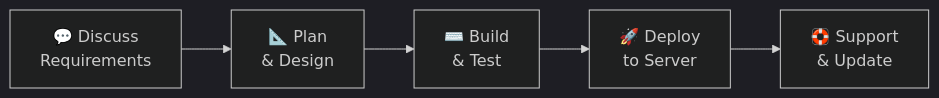
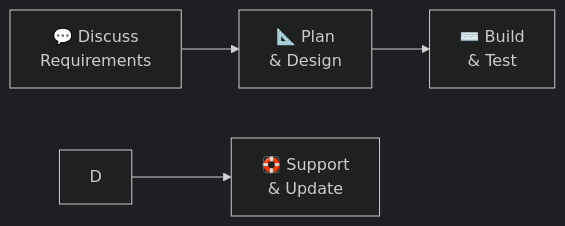
The diagram in README.md (muhammadfakrurazi/muhammadfakrurazi), drawn with Mermaid (dark theme) before and after one commit. The commit also changed other lines of this file, not shown here.

````diff
--- a/README.md
+++ b/README.md
@@ -104,7 +104,6 @@
 ```mermaid
 flowchart LR
     A[💬 Discuss<br/>Requirements] --> B[📐 Plan<br/>& Design]
     B --> C[⌨️ Build<br/>& Test]
-    C --> D[🚀 Deploy<br/>to Server]
     D --> E[🛟 Support<br/>& Update]
 ```
````
